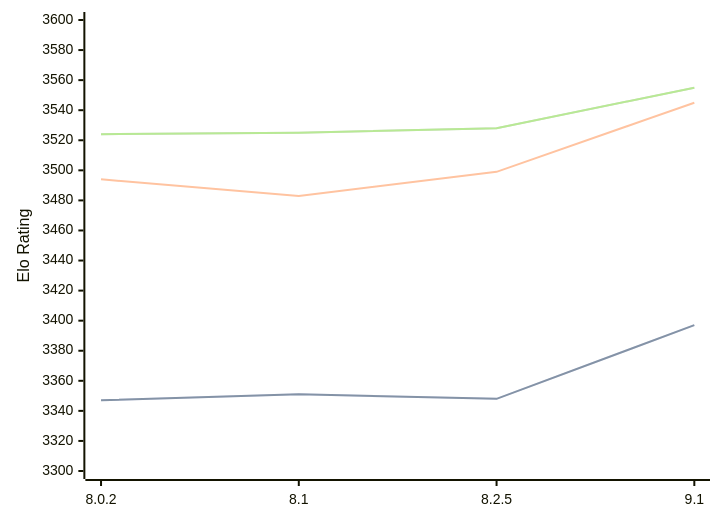
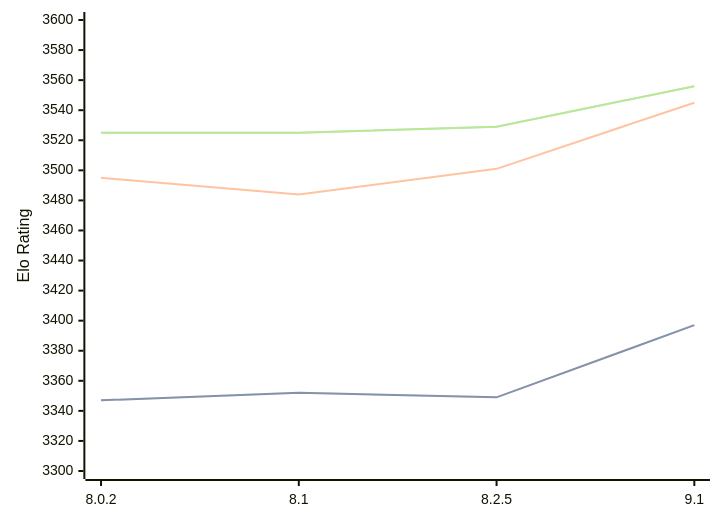
One commit to computer-chess-index/cci changed the diagram in engines/Clover.md. Above: the diagram before and after it, drawn with Mermaid. The commit also changed other lines of this file, not shown here.

Commit message:
Update CCI Ratings (ELO VLTC) - 2026-09-27

````diff
--- a/engines/Clover.md
+++ b/engines/Clover.md
@@ -35,11 +35,11 @@
 ```mermaid
 %%{init: {"theme":"base","themeVariables":{"seriesColors:['#a3a3a3','#222221','#faa371']}}}%%
 xychart-beta
   x-axis ["8.0.2", "8.1", "8.2.5", "9.1"]
   y-axis "Elo Rating" 3300 --> 3600
-  line "" [3347, 3351, 3348, 3397]
-  line "STC (8.0+0.08s)" [3347, 3351, 3348, 3397]
-  line "LTC (60.0+0.60s)" [3494, 3483, 3499, 3545]
-  line "" [3524, 3525, 3528, 3555]
-  line "VLTC (2m24s+1.12s)" [3524, 3525, 3528, 3555]
+  line "" [3347, 3352, 3349, 3397]
+  line "STC (8.0+0.08s)" [3347, 3352, 3349, 3397]
+  line "LTC (60.0+0.60s)" [3495, 3484, 3501, 3545]
+  line "" [3525, 3525, 3529, 3556]
+  line "VLTC (2m24s+1.12s)" [3525, 3525, 3529, 3556]
 ```
````
